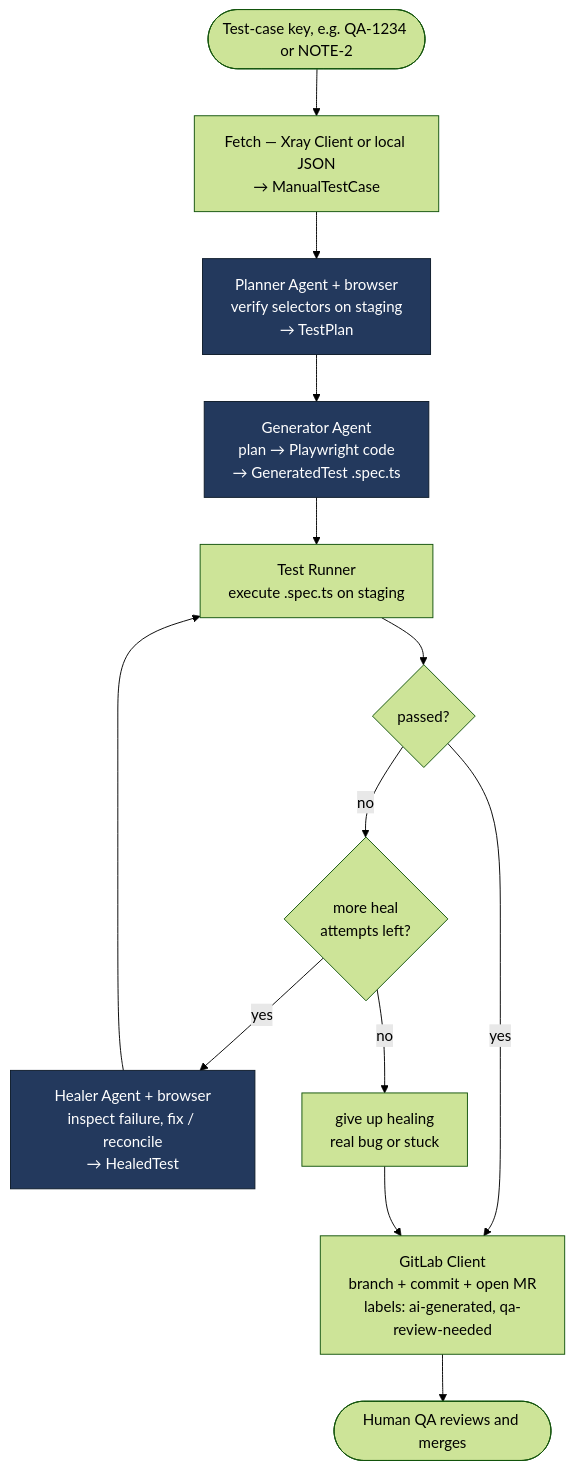
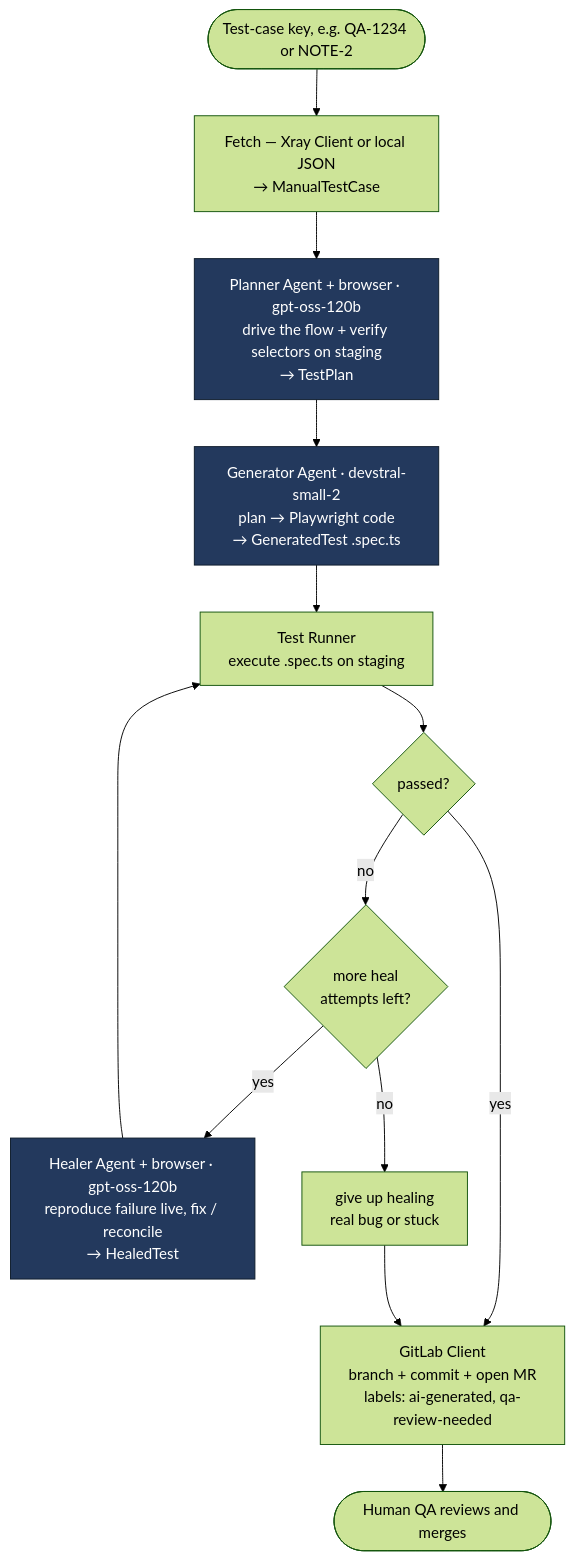
The first of 3 diagrams in docs/WORKFLOW.md (jpucic00/agentic-test-automation), drawn with Mermaid (forest theme) before and after one commit. The commit also changed other lines of this file and 14 other files, not shown here.

````diff
--- a/docs/WORKFLOW.md
+++ b/docs/WORKFLOW.md
@@ -10,21 +10,21 @@
 ```mermaid
 flowchart TD
     START([Test-case key, e.g. QA-1234 or NOTE-2]) --> FETCH
 
     FETCH["Fetch — Xray Client or local JSON<br/>→ ManualTestCase"] --> PLAN
-    PLAN["Planner Agent + browser<br/>verify selectors on staging<br/>→ TestPlan"] --> GEN
-    GEN["Generator Agent<br/>plan → Playwright code<br/>→ GeneratedTest .spec.ts"] --> RUN
+    PLAN["Planner Agent + browser · gpt-oss-120b<br/>drive the flow + verify selectors on staging<br/>→ TestPlan"] --> GEN
+    GEN["Generator Agent · devstral-small-2<br/>plan → Playwright code<br/>→ GeneratedTest .spec.ts"] --> RUN
 
     RUN["Test Runner<br/>execute .spec.ts on staging"] --> Q1{passed?}
     Q1 -- yes --> MR
     Q1 -- no --> Q2{more heal<br/>attempts left?}
-    Q2 -- yes --> HEAL["Healer Agent + browser<br/>inspect failure, fix / reconcile<br/>→ HealedTest"]
+    Q2 -- yes --> HEAL["Healer Agent + browser · gpt-oss-120b<br/>reproduce failure live, fix / reconcile<br/>→ HealedTest"]
     HEAL --> RUN
     Q2 -- no --> FLAG["give up healing<br/>real bug or stuck"]
     FLAG --> MR
 
     MR["GitLab Client<br/>branch + commit + open MR<br/>labels: ai-generated, qa-review-needed"] --> REVIEW([Human QA reviews and merges])
 
     classDef agent fill:#23395d,color:#fff,stroke:#0d1b2a;
     class PLAN,GEN,HEAL agent;
 ```
````
